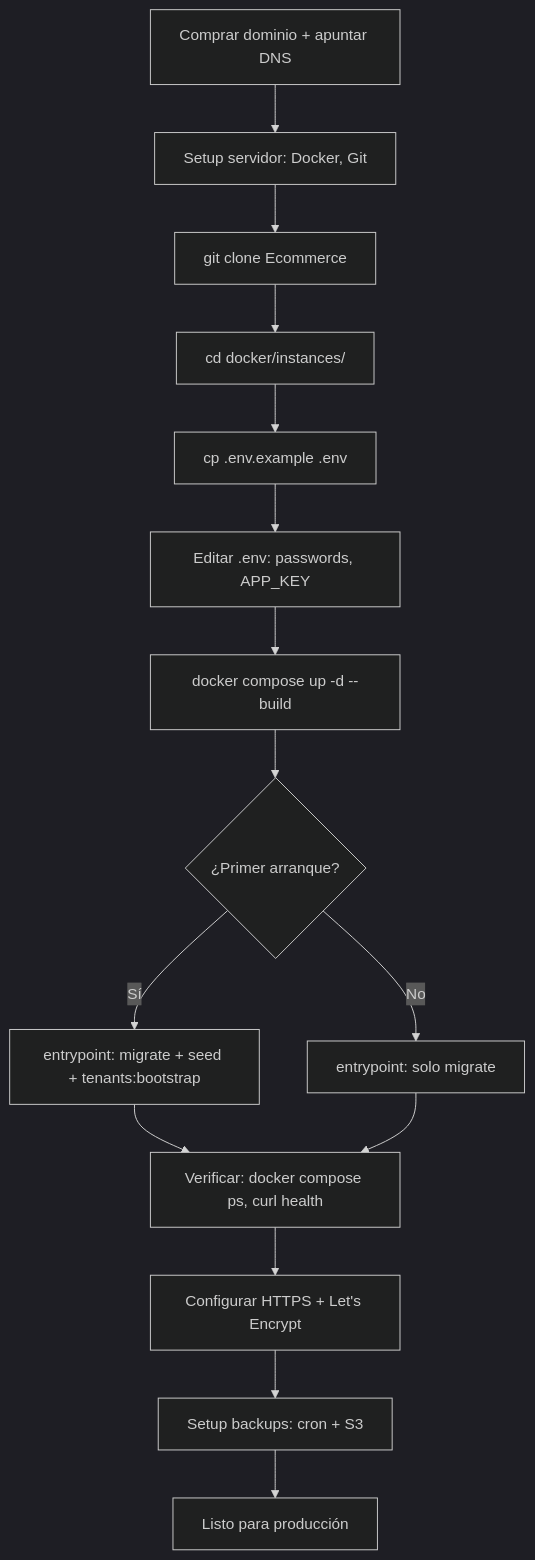
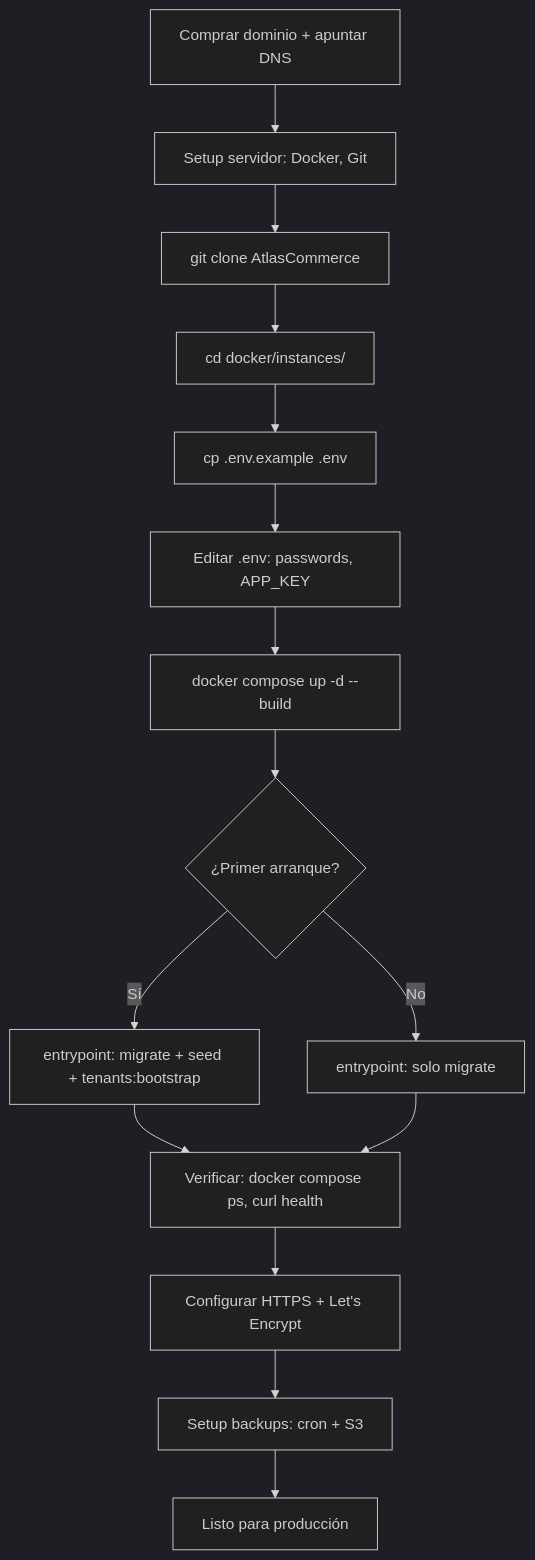
One commit to D4nitrix13/AtlasCommerce changed the diagram in docs/deployment/instances.md. Above: the diagram before and after it, drawn with Mermaid (dark theme). The commit also changed other lines of this file and 13 other files, not shown here.

First line of the commit message:
docs: actualizar referencias cruzadas a AtlasCommerce (URLs, paths, headers)

````diff
--- a/docs/deployment/instances.md
+++ b/docs/deployment/instances.md
@@ -444,17 +444,17 @@
 ```mermaid
 flowchart TD
     A[Comprar dominio + apuntar DNS] --> B[Setup servidor: Docker, Git]
-    B --> C[git clone Ecommerce]
+    B --> C[git clone AtlasCommerce]
     C --> D[cd docker/instances/<nombre>]
     D --> E[cp .env.example .env]
     E --> F[Editar .env: passwords, APP_KEY]
     F --> G[docker compose up -d --build]
     G --> H{¿Primer arranque?}
     H -->|Sí| I[entrypoint: migrate + seed + tenants:bootstrap]
     H -->|No| J[entrypoint: solo migrate]
     I --> K[Verificar: docker compose ps, curl health]
     J --> K
     K --> L[Configurar HTTPS + Let's Encrypt]
     L --> M[Setup backups: cron + S3]
     M --> N[Listo para producción]
 ```
````
